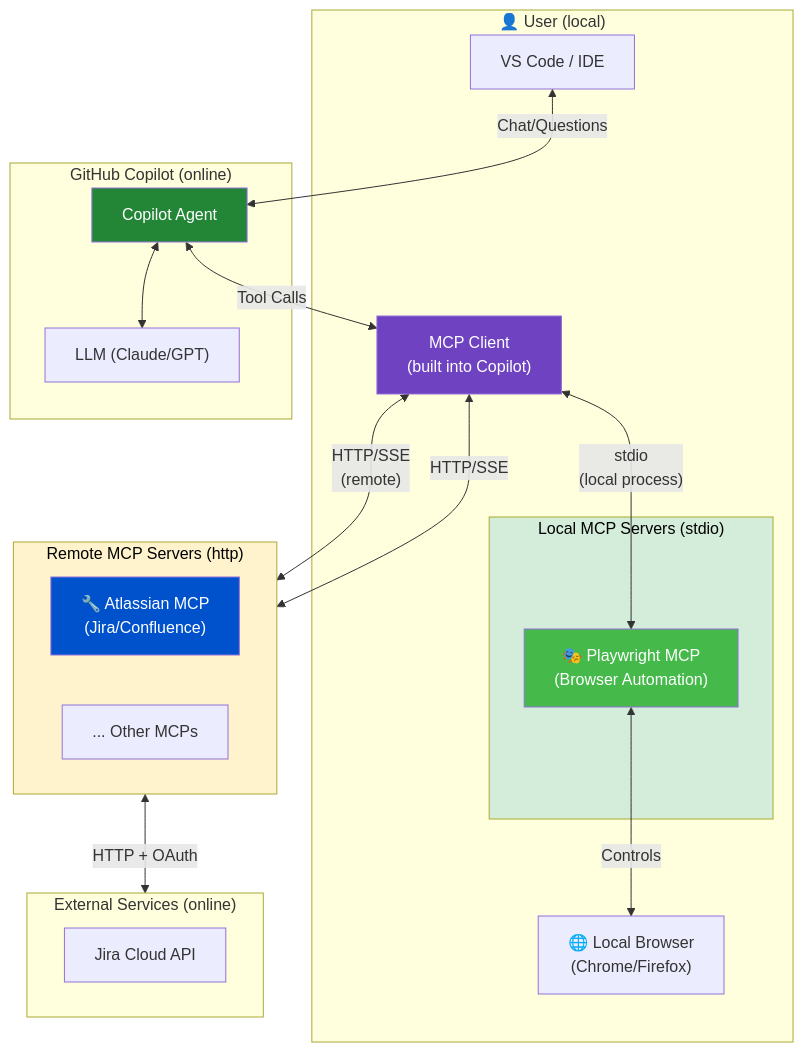
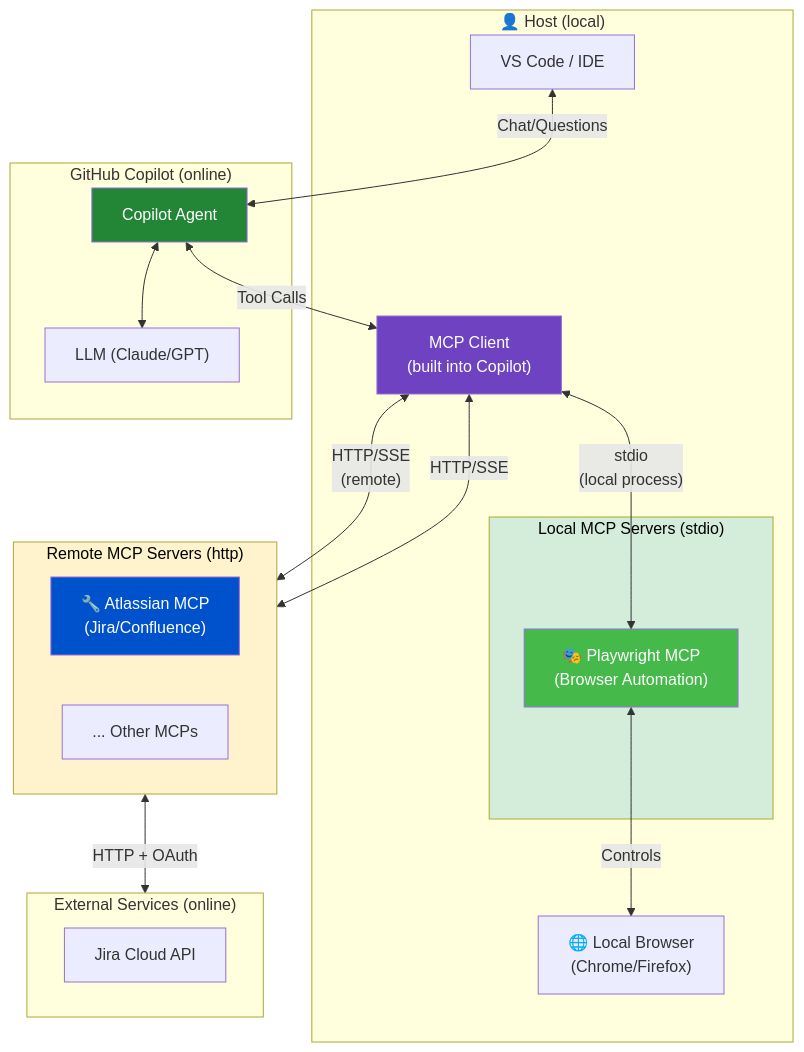
The diagram in mcp_servers/mcp_server.md (Doerfo/copilot_workshop), drawn with Mermaid before and after one commit. The commit also changed other lines of this file and 2 other files, not shown here.

````diff
--- a/mcp_servers/mcp_server.md
+++ b/mcp_servers/mcp_server.md
@@ -9,46 +9,46 @@
 ```mermaid
 flowchart TB
-    subgraph User["👤 User (local)"]
-        IDE["VS Code / IDE"]
+    subgraph User["👤 Host (local)"]
+        HOST["VS Code / IDE"]
         MCPClient["MCP Client<br/>(built into Copilot)"]
         Browser["🌐 Local Browser<br/>(Chrome/Firefox)"]
         
         subgraph LocalServers["Local MCP Servers (stdio)"]
             Playwright["🎭 Playwright MCP<br/>(Browser Automation)"]
         end
     end
 
     subgraph GHCP["GitHub Copilot (online)"]
         Agent["Copilot Agent"]
         LLM["LLM (Claude/GPT)"]
     end
 
     subgraph RemoteServers["Remote MCP Servers (http)"]
         direction LR
         Atlassian["🔧 Atlassian MCP<br/>(Jira/Confluence)"]
         Other["... Other MCPs"]
     end
 
     subgraph External["External Services (online)"]
         direction LR
         JiraAPI["Jira Cloud API"]
     end
 
-    IDE <-->|"Chat/Questions"| Agent
+    HOST <-->|"Chat/Questions"| Agent
     Agent <--> LLM
     Agent <-->|"Tool Calls"| MCPClient
     
     MCPClient <-->|"stdio<br/>(local process)"| Playwright
     MCPClient <-->|"HTTP/SSE<br/>(remote)"| Atlassian
     MCPClient <-->|"HTTP/SSE"| Other
     
     Playwright <-->|"Controls"| Browser
     Atlassian <-->|"HTTP + OAuth"| JiraAPI
 
     style Playwright fill:#45ba4b,color:#fff
     style Atlassian fill:#0052cc,color:#fff
     style MCPClient fill:#6f42c1,color:#fff
     style Agent fill:#238636,color:#fff
     style LocalServers fill:#d4edda,color:#000
     style RemoteServers fill:#fff3cd,color:#000
 ```
````
